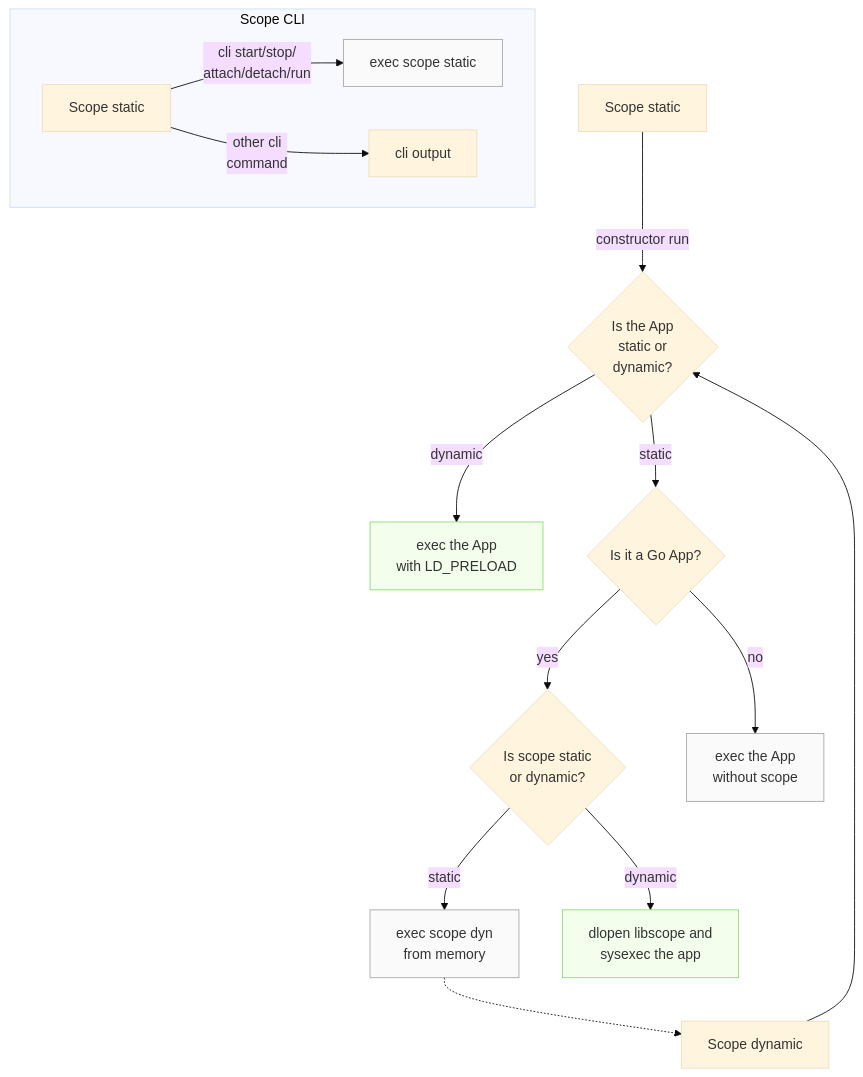
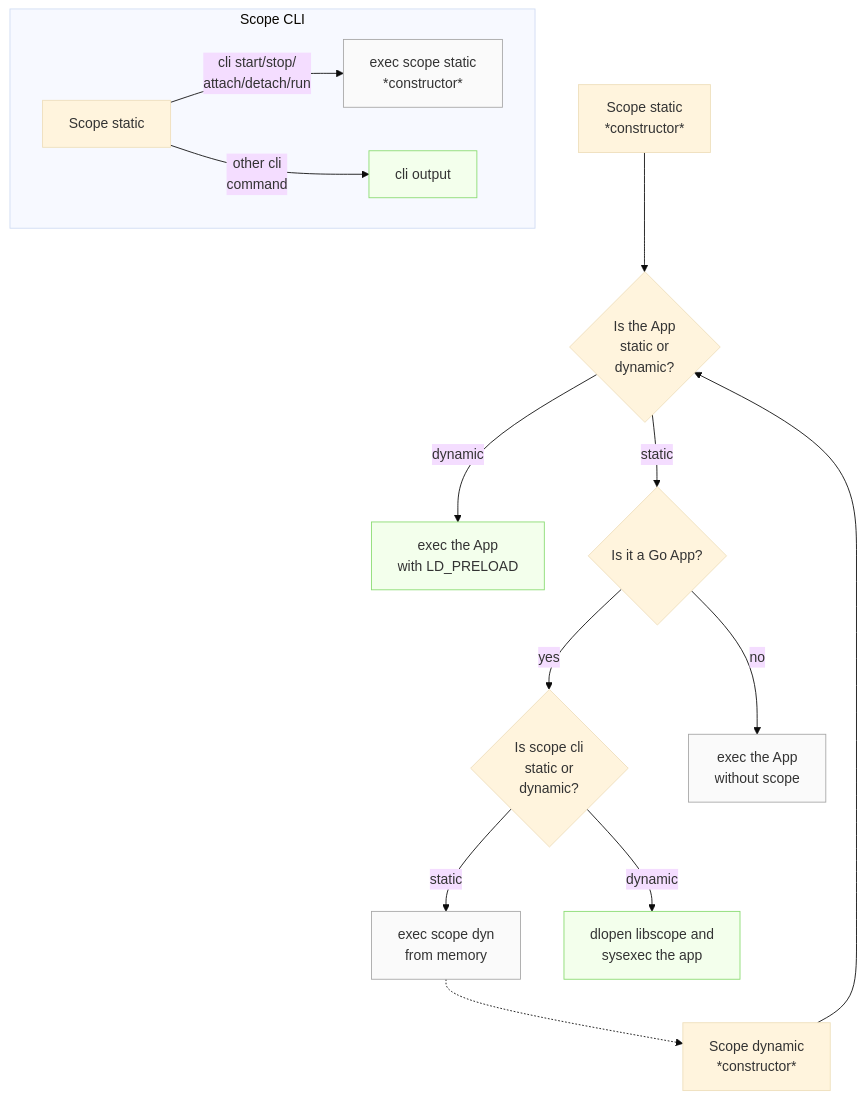
One commit to criblio/appscope changed the diagram in docs/Execution.md. Above: the diagram before and after it, drawn with Mermaid (base theme).

Commit message:
update execution doc

````diff
--- a/docs/Execution.md
+++ b/docs/Execution.md
@@ -1,26 +1,28 @@
 ```mermaid
 graph TD
   
-    A[Scope static]
-    A -->|constructor run| B{Is the App \n static or \n dynamic?}
+    A[Scope static \n *constructor*]
+    A --> B{Is the App \n static or \n dynamic?}
     B -->|dynamic| C[exec the App \n with LD_PRELOAD]
     B -->|static| D{Is it a Go App?}
-    D -->|yes| E{Is scope static \n or dynamic?}
+    D -->|yes| E{Is scope cli \n static or \n dynamic?}
     D -->|no| F[exec the App \n without scope]
     E -->|static| G[exec scope dyn \n from memory]
     E -->|dynamic| H[dlopen libscope and \n sysexec the app]
-    G -.-> I[Scope dynamic]
+    G -.-> I[Scope dynamic \n *constructor*]
     I --> B
- 
+
+    subgraph Scope CLI
+    S[Scope static]
+    S-->|cli start/stop/ \n attach/detach/run|T[exec scope static \n *constructor*]
+    S-->|other cli \n command|U[cli output]
+
     style C fill:#f3ffec,stroke:#89db70
     style F fill:#fafafa,stroke:#a6a6a6
     style G fill:#fafafa,stroke:#a6a6a6
     style H fill:#f3ffec,stroke:#89db70
     style T fill:#fafafa,stroke:#a6a6a6
-  
-    subgraph Scope CLI
-    S[Scope static]
-    S-->|cli start/stop/ \n attach/detach/run|T[exec scope static]
-    S-->|other cli \n command|U[cli output]
-    end
+    style U fill:#f3ffec,stroke:#89db70
+
+end
 ```
````
